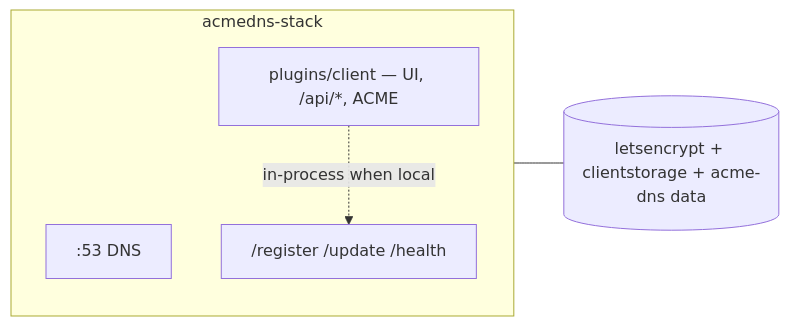
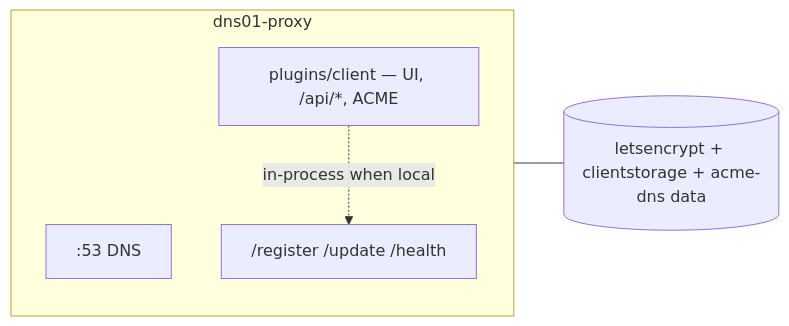
One commit to HariantoAtWork/dns01-proxy changed the first of 3 diagrams in blog/from-two-services-to-one.md. Above: the diagram before and after it, drawn with Mermaid. The commit also changed other lines of this file and 485 other files, not shown here.

First line of the commit message:
Rename acmedns-stack to dns01-proxy and fix paths.

````diff
--- a/blog/from-two-services-to-one.md
+++ b/blog/from-two-services-to-one.md
@@ -89,14 +89,14 @@
 ```mermaid
 flowchart LR
-  subgraph nuxt["acmedns-stack"]
+  subgraph nuxt["dns01-proxy"]
     direction TB
     dns[":53 DNS"]
     api["/register /update /health"]
     plugin["plugins/client — UI, /api/*, ACME"]
   end
 
   vol[(letsencrypt + clientstorage + acme-dns data)]
 
   plugin -.->|in-process when local| api
   nuxt --- vol
 ```
````
